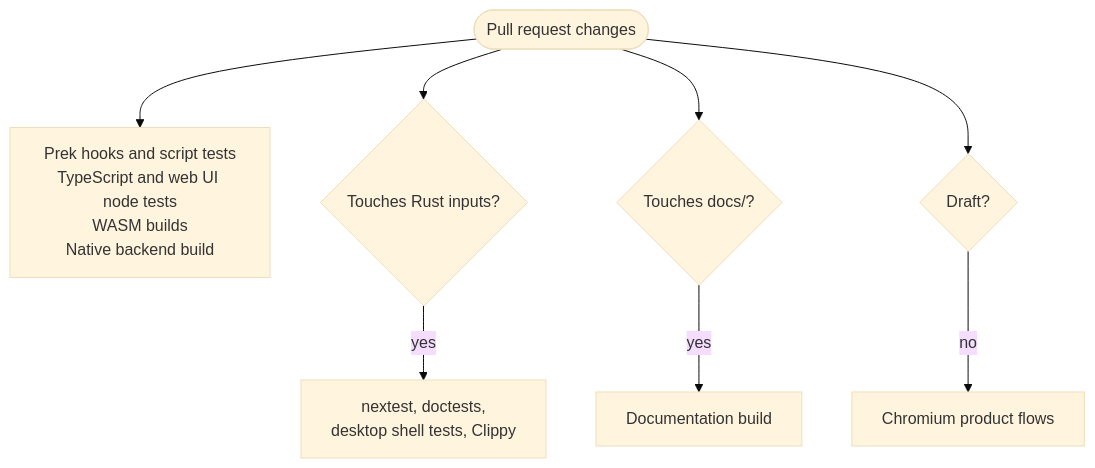
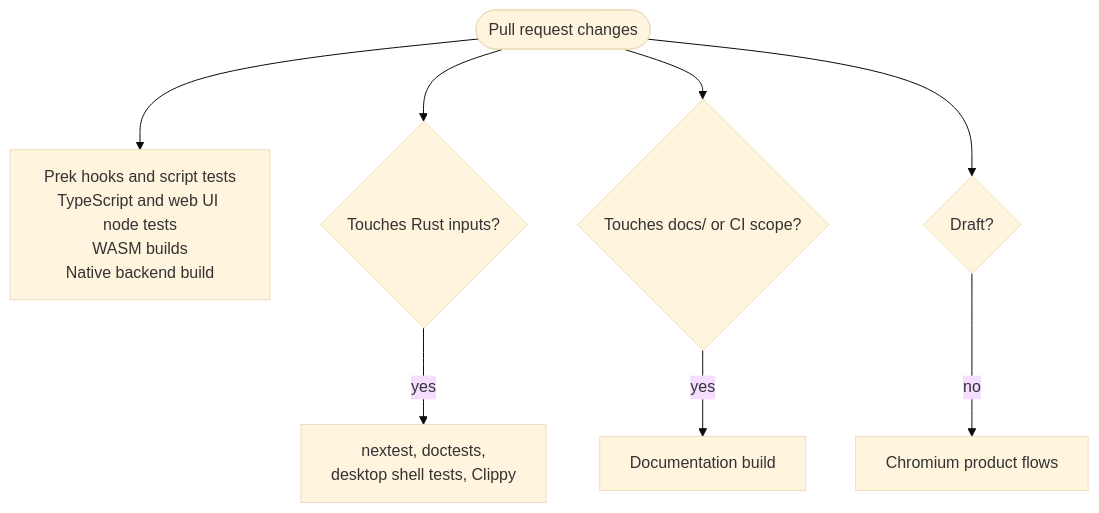
The diagram in docs/internal/src/contributing/testing.md (stewartadam/nightfall-lightdesk), drawn with Mermaid (base theme) before and after one commit. The commit also changed other lines of this file and 8 other files, not shown here.

````diff
--- a/docs/internal/src/contributing/testing.md
+++ b/docs/internal/src/contributing/testing.md
@@ -164,12 +164,12 @@
 ```mermaid
 flowchart TB
   accTitle: How a pull request's changes select CI jobs
   accDescr: Every pull request runs the hook, script, web UI, and WASM jobs and builds the native backend. Rust inputs add Rust tests, doctests, desktop shell tests, and Clippy. Documentation sources add the book build. A pull request that isn't a draft adds the Chromium product flows.
   pr([Pull request changes]) --> always[Prek hooks and script tests<br/>TypeScript and web UI node tests<br/>WASM builds<br/>Native backend build]
   pr --> rust{Touches Rust inputs?}
-  pr --> docs{Touches docs/?}
+  pr --> docs{Touches docs/ or CI scope?}
   pr --> draft{Draft?}
   rust -- yes --> rusttests[nextest, doctests,<br/>desktop shell tests, Clippy]
   docs -- yes --> book[Documentation build]
   draft -- no --> flows[Chromium product flows]
 ```
````
